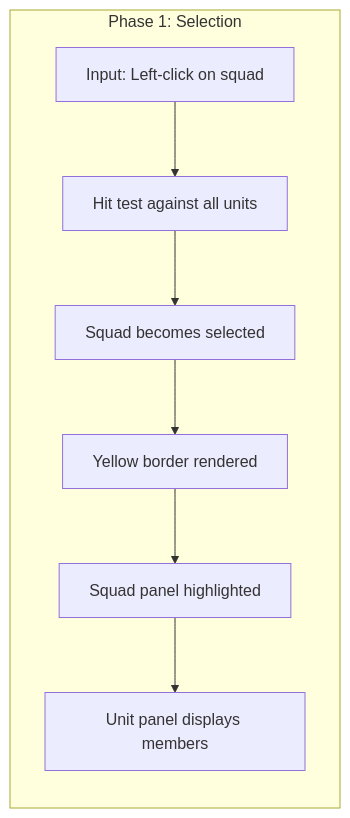
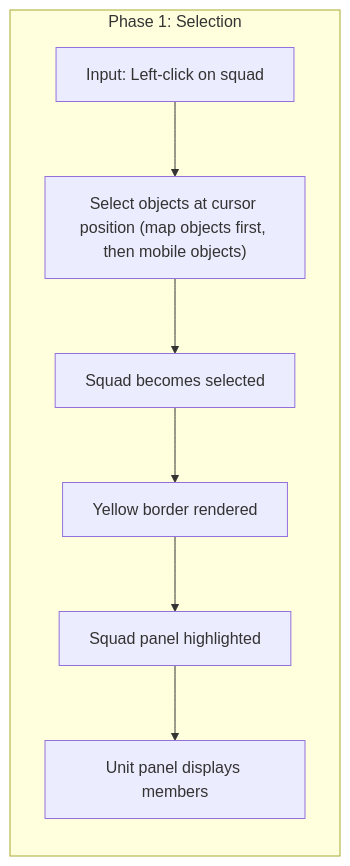
The sixth of 13 diagrams in docs/chapters/09-ui-combat.md (jukofyork/OpenCombat-SDL), drawn with Mermaid before and after one commit. The commit also changed other lines of this file and 8 other files, not shown here.

````diff
--- a/docs/chapters/09-ui-combat.md
+++ b/docs/chapters/09-ui-combat.md
@@ -285,13 +283,13 @@
 ```mermaid
 flowchart LR
     subgraph Phase1["Phase 1: Selection"]
         P1A["Input: Left-click on squad"]
-        P1B["Hit test against all units"]
+        P1B["Select objects at cursor position (map objects first, then mobile objects)"]
         P1C["Squad becomes selected"]
         P1D["Yellow border rendered"]
         P1E["Squad panel highlighted"]
         P1F["Unit panel displays members"]
         
         P1A --> P1B --> P1C --> P1D --> P1E --> P1F
     end
 ```
````
